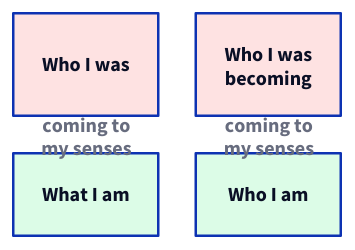
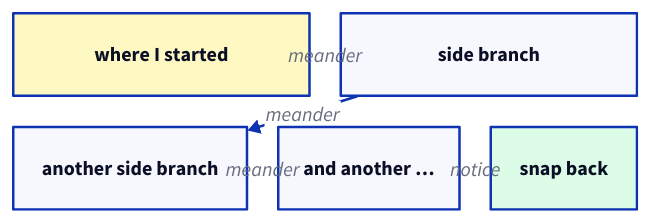
One commit to srid/emanote changed the diagram in docs/guide/lua-filters/diagrams.md. Above: the diagram before and after it, drawn with D2. The commit also changed other lines of this file and 1 other file, not shown here.

Commit message:
docs(diagrams): swap d2 demo to the thought-meandering exercise
"Silly or Sensible" describes the meander explicitly: thoughts go
off into a side branch, that branches into another, and another, until
you notice and snap back. Render that verbatim cadence as the d2 demo
— five nodes laid out on a grid (so width stays bounded), four
`meander` edges in series, and a green `notice` edge into the
`snap back` node. Fixture mirrored.

Replaces the Before/After identity grid which was a fine reading of
"Something has changed in me" but didn't capture an exercise — and
the meander has a natural flow shape that d2 renders well.

````diff
--- a/docs/guide/lua-filters/diagrams.md
+++ b/docs/guide/lua-filters/diagrams.md
@@ -59,12 +59,15 @@
 ```d2
 grid-rows: 2
-grid-gap: 30
+grid-gap: 25
 
-was: "Who I was" {style.fill: "#fee2e2"}
-becoming: "Who I was\nbecoming" {style.fill: "#fee2e2"}
-what: "What I am" {style.fill: "#dcfce7"}
-who: "Who I am" {style.fill: "#dcfce7"}
+start: "where I started" {style.fill: "#fef9c3"}
+b1: "side branch"
+b2: "another side branch"
+b3: "and another …"
+back: "snap back" {style.fill: "#dcfce7"; style.bold: true}
 
-was -> what: "coming to\nmy senses" {style.bold: true}
-becoming -> who: "coming to\nmy senses" {style.bold: true}
+start -> b1: meander
+b1 -> b2: meander
+b2 -> b3: meander
+b3 -> back: notice
 ```
````
